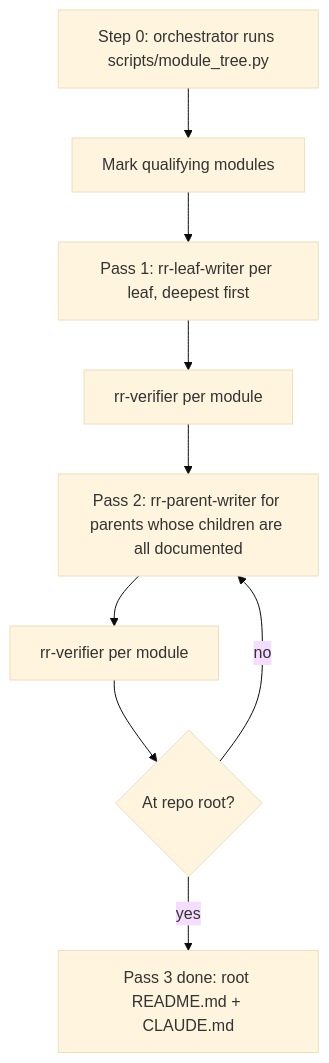
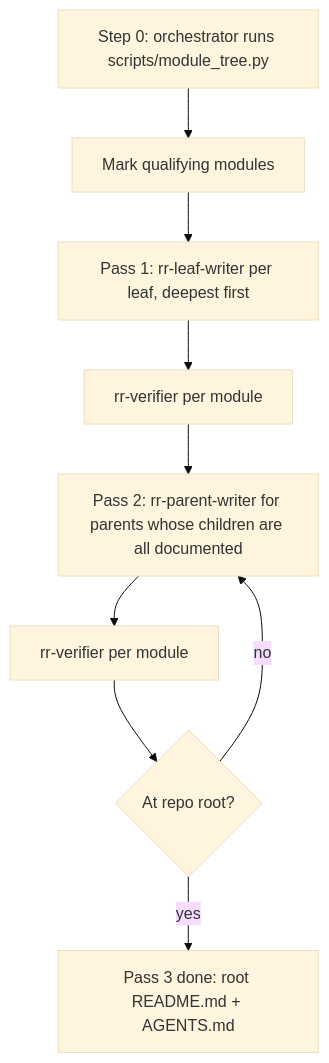
The diagram in src/SKILL.md (NikolasMarkou/repo-remap), drawn with Mermaid (base theme) before and after one commit. The commit also changed other lines of this file and 23 other files, not shown here.

Commit message:
[skill] Rename CLAUDE.md to AGENTS.md with legacy migration shim, release 1.2.0

````diff
--- a/src/SKILL.md
+++ b/src/SKILL.md
@@ -38,11 +38,11 @@
 ```mermaid
 flowchart TD
     A[Step 0: orchestrator runs scripts/module_tree.py] --> B[Mark qualifying modules]
     B --> C[Pass 1: rr-leaf-writer per leaf, deepest first]
     C --> V1[rr-verifier per module]
     V1 --> D[Pass 2: rr-parent-writer for parents whose children are all documented]
     D --> V2[rr-verifier per module]
     V2 --> E{At repo root?}
     E -- no --> D
-    E -- yes --> F[Pass 3 done: root README.md + CLAUDE.md]
+    E -- yes --> F[Pass 3 done: root README.md + AGENTS.md]
 ```
````
